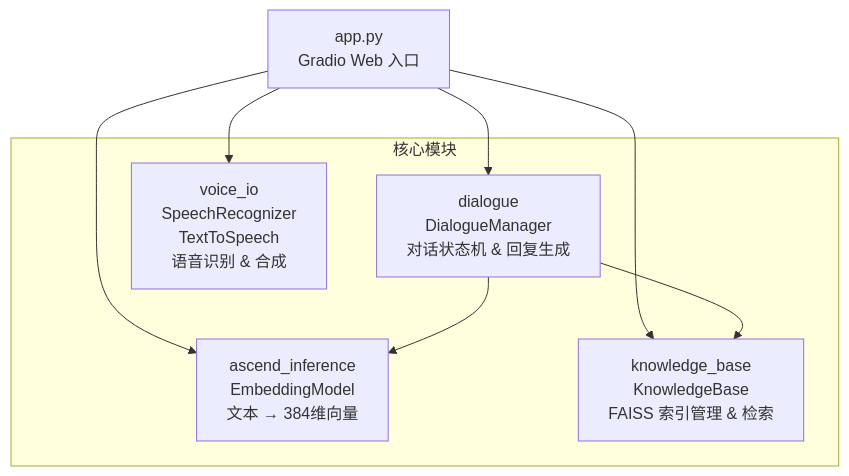
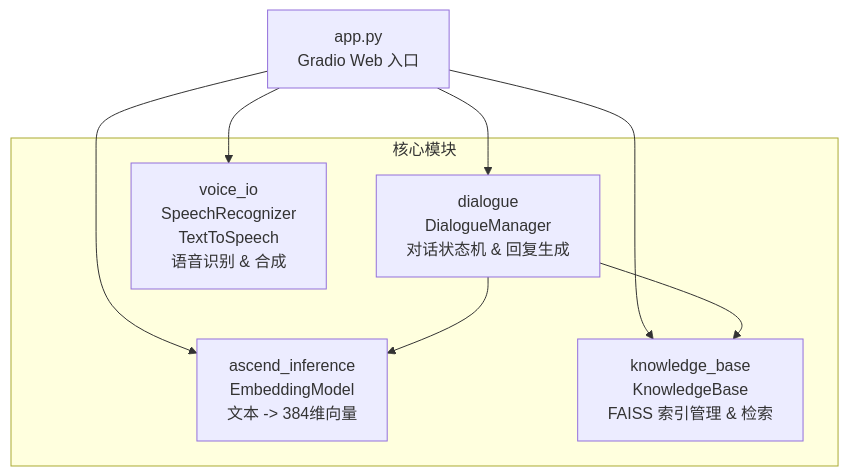
One commit to zhouxzh/Ascend310 changed the seventh of 7 diagrams in src/experiment/case9.md. Above: the diagram before and after it, drawn with Mermaid. The commit also changed other lines of this file and 51 other files, not shown here.

````diff
--- a/src/experiment/case9.md
+++ b/src/experiment/case9.md
@@ -788,18 +788,18 @@
 ```mermaid
 flowchart TB
     APP["app.py<br/>Gradio Web 入口"]
 
     subgraph MODULES["核心模块"]
-        EMBED["ascend_inference<br/>EmbeddingModel<br/>文本 → 384维向量"]
+        EMBED["ascend_inference<br/>EmbeddingModel<br/>文本 -> 384维向量"]
         KB["knowledge_base<br/>KnowledgeBase<br/>FAISS 索引管理 & 检索"]
         DIALOG["dialogue<br/>DialogueManager<br/>对话状态机 & 回复生成"]
         VOICE["voice_io<br/>SpeechRecognizer<br/>TextToSpeech<br/>语音识别 & 合成"]
     end
 
     APP --> EMBED
     APP --> KB
     APP --> DIALOG
     APP --> VOICE
     DIALOG --> EMBED
     DIALOG --> KB
 ```
````
